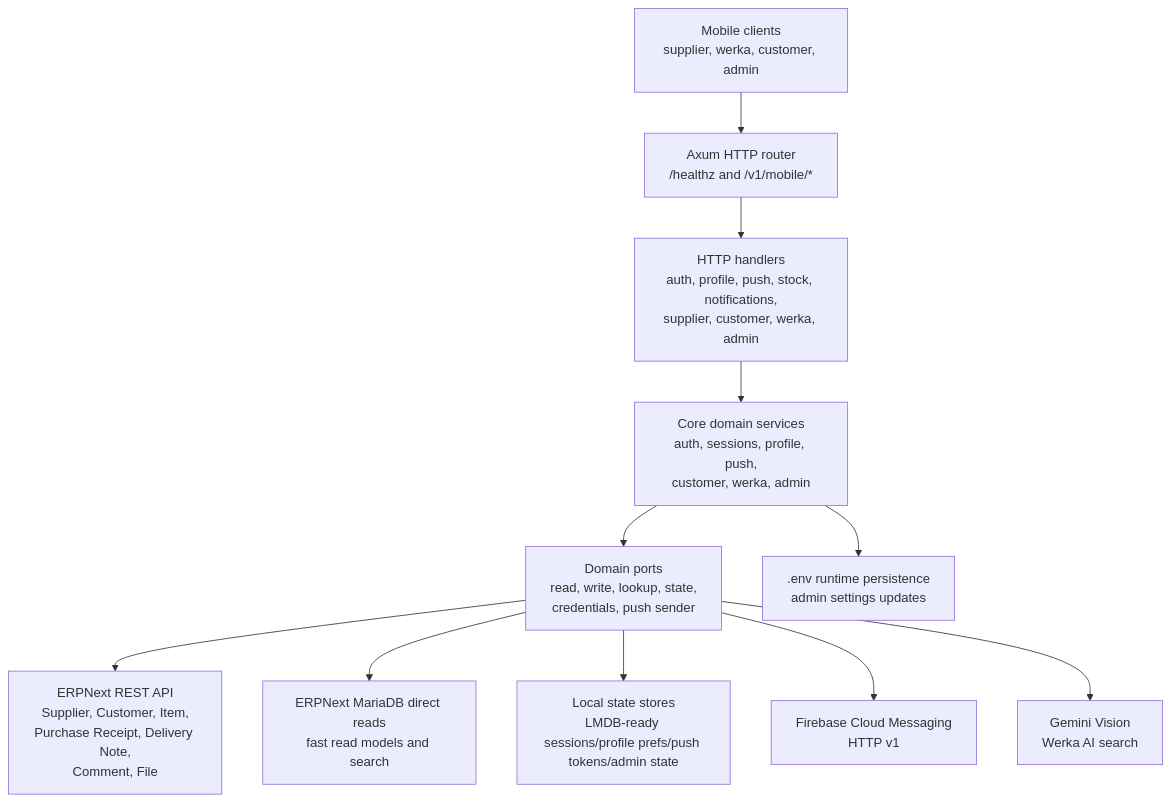
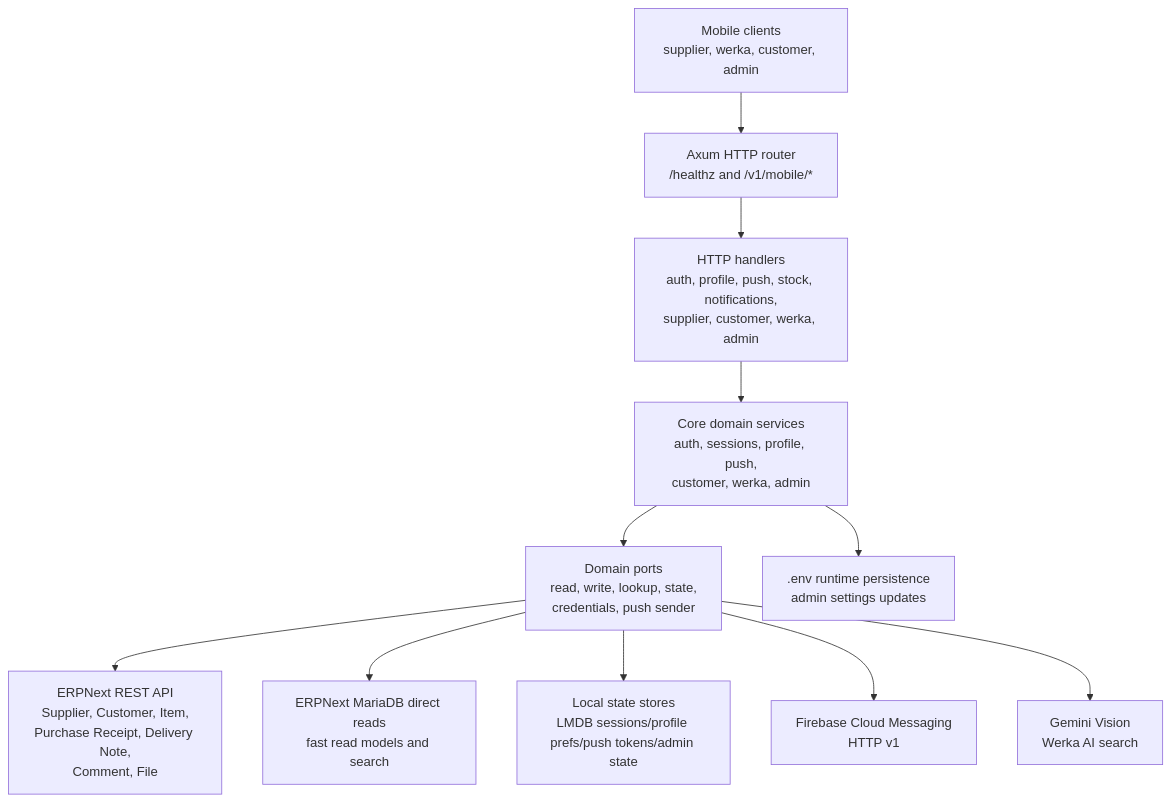
The first of 2 diagrams in README.md (accord-erp-automation/accord_mobile_server_rs), drawn with Mermaid before and after one commit. The commit also changed other lines of this file, not shown here.

````diff
--- a/README.md
+++ b/README.md
@@ -82,26 +116,26 @@
 ```mermaid
 flowchart TB
     Mobile[Mobile clients<br/>supplier, werka, customer, admin]
     HTTP[Axum HTTP router<br/>/healthz and /v1/mobile/*]
     Handlers[HTTP handlers<br/>auth, profile, push, stock, notifications,<br/>supplier, customer, werka, admin]
     Core[Core domain services<br/>auth, sessions, profile, push,<br/>customer, werka, admin]
     Ports[Domain ports<br/>read, write, lookup, state,<br/>credentials, push sender]
 
     ERPNext[ERPNext REST API<br/>Supplier, Customer, Item,<br/>Purchase Receipt, Delivery Note,<br/>Comment, File]
     MariaDB[ERPNext MariaDB direct reads<br/>fast read models and search]
-    LocalState[Local state stores<br/>LMDB-ready sessions/profile prefs/push tokens/admin state]
+    LocalState[Local state stores<br/>LMDB sessions/profile prefs/push tokens/admin state]
     FCM[Firebase Cloud Messaging<br/>HTTP v1]
     Gemini[Gemini Vision<br/>Werka AI search]
     Env[.env runtime persistence<br/>admin settings updates]
 
     Mobile --> HTTP
     HTTP --> Handlers
     Handlers --> Core
     Core --> Ports
     Ports --> ERPNext
     Ports --> MariaDB
     Ports --> LocalState
     Ports --> FCM
     Ports --> Gemini
     Core --> Env
 ```
````
